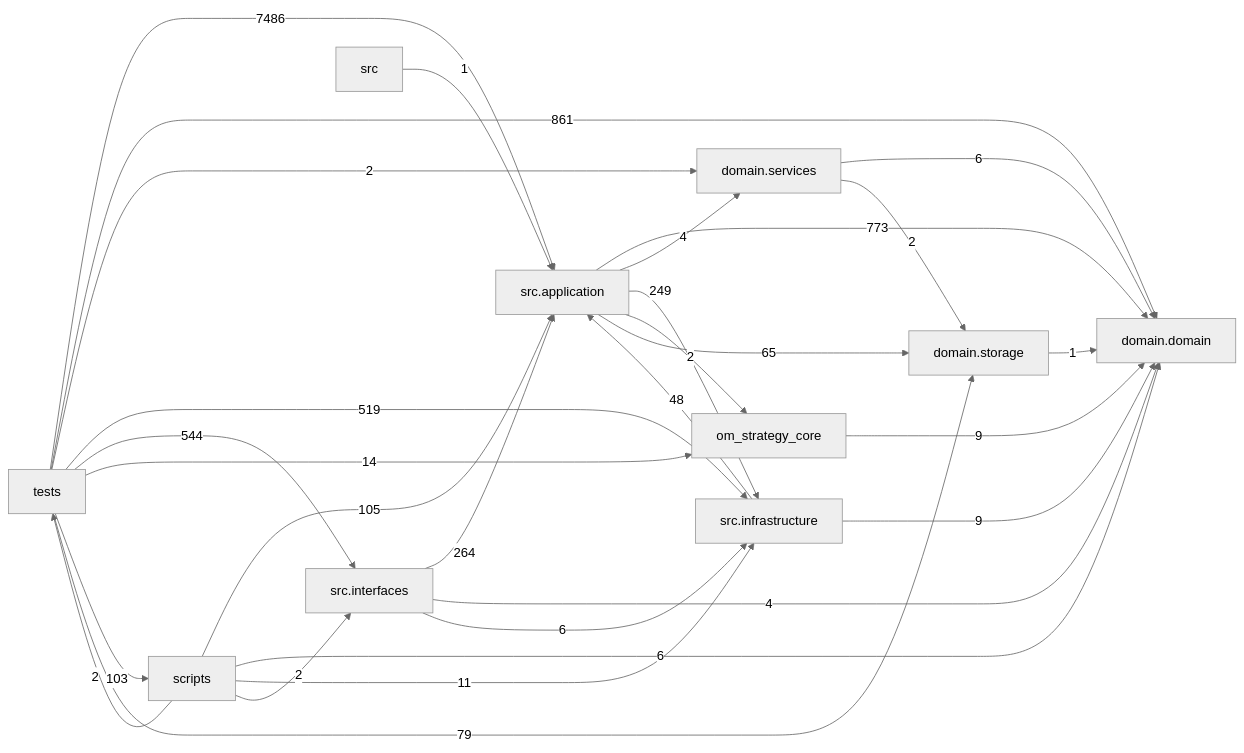
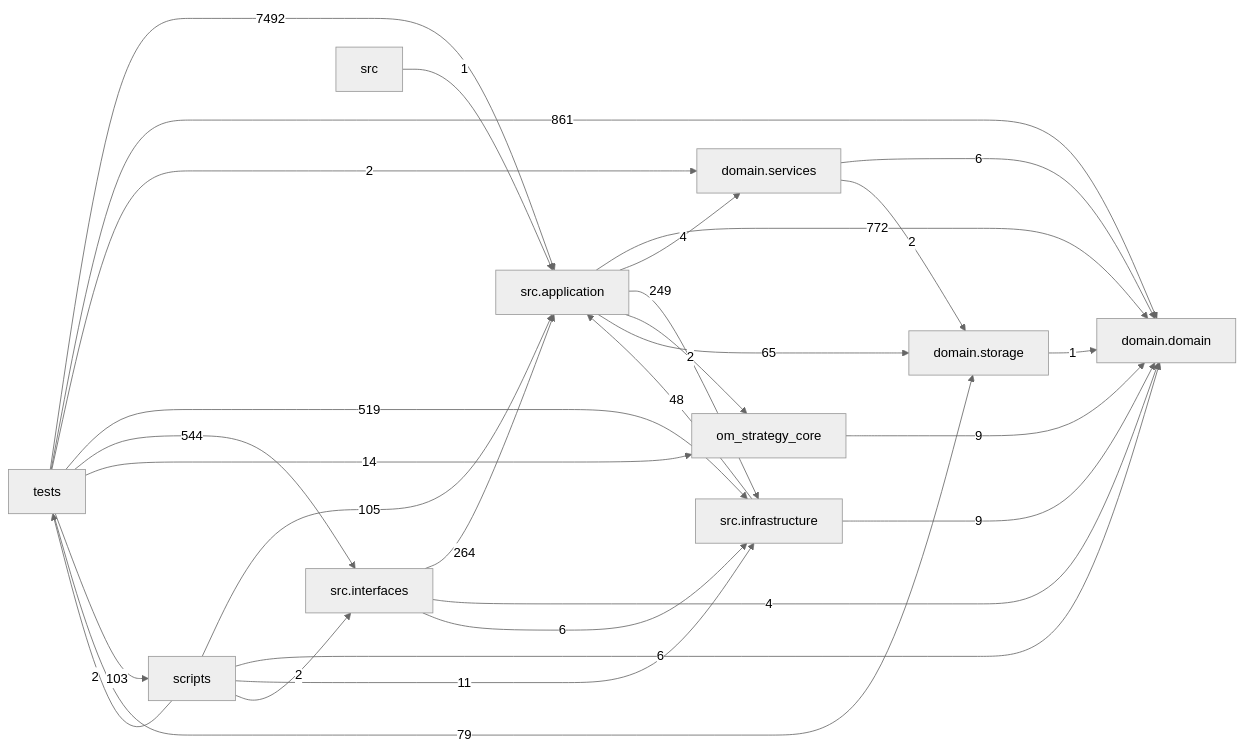
One commit to liuxie066/options-monitor changed the diagram in docs/DEPENDENCY_GRAPH.md. Above: the diagram before and after it, drawn with Mermaid (neutral theme). The commit also changed other lines of this file and 5 other files, not shown here.

````diff
--- a/docs/DEPENDENCY_GRAPH.md
+++ b/docs/DEPENDENCY_GRAPH.md
@@ -24,39 +24,39 @@
 ```mermaid
 flowchart LR
   tests["tests"]
   scripts["scripts"]
   interfaces["src.interfaces"]
   application["src.application"]
   infrastructure["src.infrastructure"]
   domain_services["domain.services"]
   domain["domain.domain"]
   storage["domain.storage"]
-  application -->|773| domain
+  application -->|772| domain
   application -->|4| domain_services
   application -->|249| infrastructure
   application -->|2| om_strategy_core
   application -->|65| storage
   domain_services -->|6| domain
   domain_services -->|2| storage
   infrastructure -->|48| application
   infrastructure -->|9| domain
   interfaces -->|264| application
   interfaces -->|4| domain
   interfaces -->|6| infrastructure
   om_strategy_core -->|9| domain
   scripts -->|105| application
   scripts -->|6| domain
   scripts -->|11| infrastructure
   scripts -->|2| interfaces
   scripts -->|2| tests
   src -->|1| application
   storage -->|1| domain
-  tests -->|7486| application
+  tests -->|7492| application
   tests -->|861| domain
   tests -->|2| domain_services
   tests -->|519| infrastructure
   tests -->|544| interfaces
   tests -->|14| om_strategy_core
   tests -->|103| scripts
   tests -->|79| storage
 ```
````
